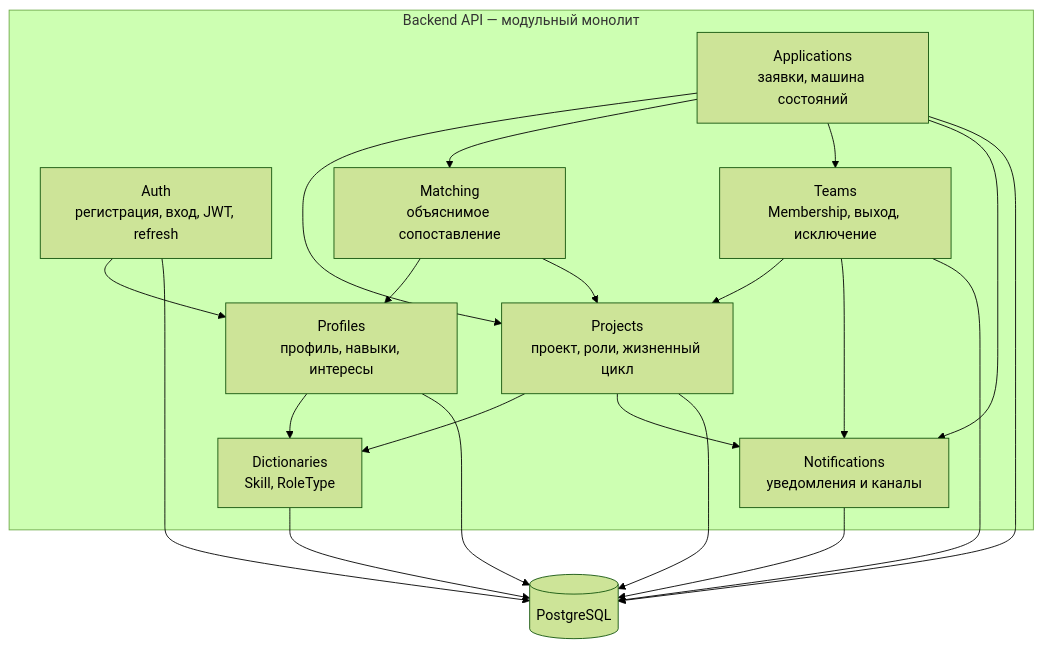
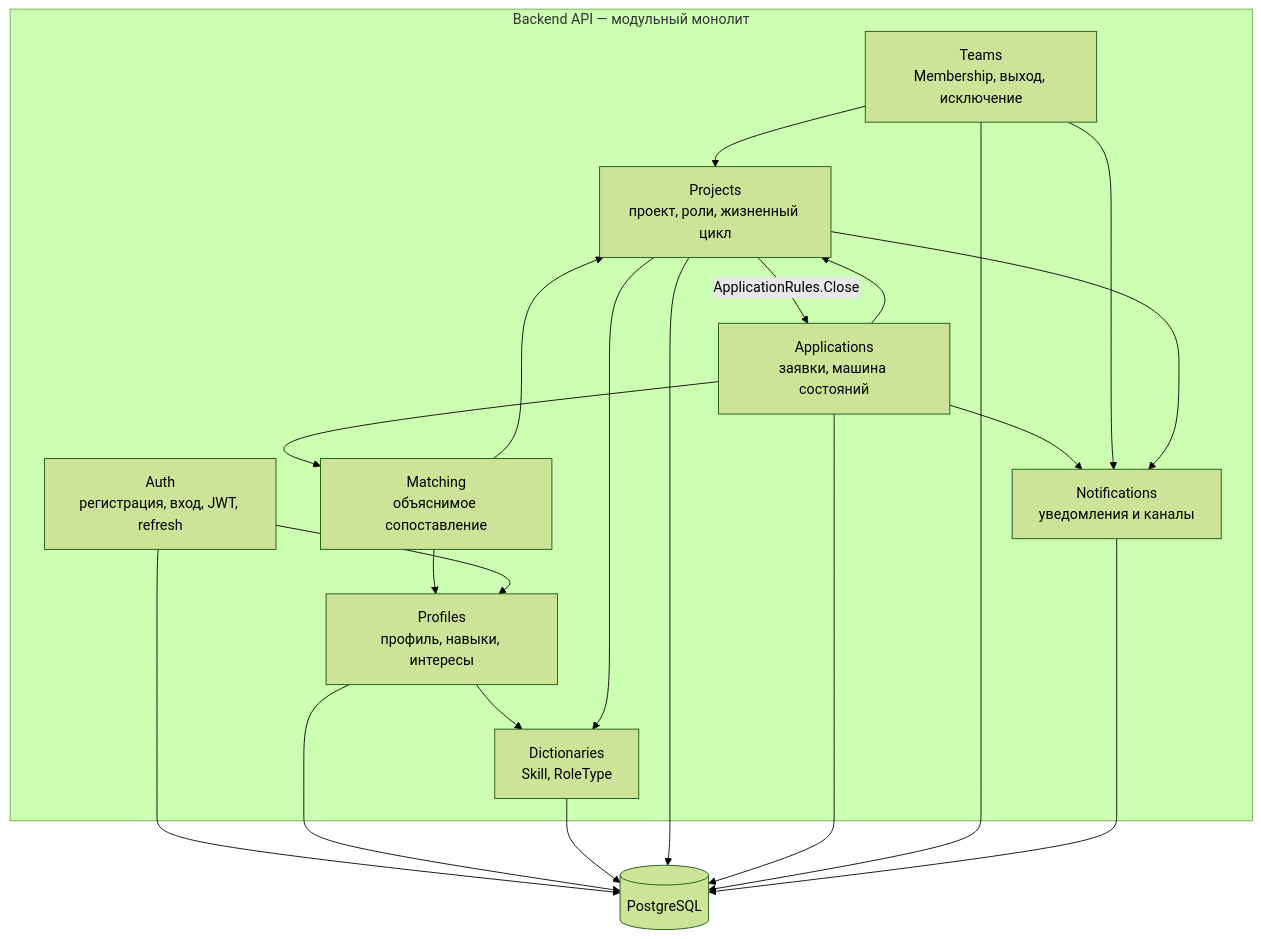
One commit to TeamFinderProject/teamfinder-docs changed the fourth of 7 diagrams in architecture-v1.md. Above: the diagram before and after it, drawn with Mermaid (forest theme). The commit also changed other lines of this file and 2 other files, not shown here.

Commit message:
docs: align architecture and checkpoint readiness criteria

````diff
--- a/architecture-v1.md
+++ b/architecture-v1.md
@@ -99,35 +99,35 @@
 ```mermaid
 flowchart TB
     subgraph API[Backend API — модульный монолит]
         AUTH[Auth<br/>регистрация, вход, JWT, refresh]
         PROF[Profiles<br/>профиль, навыки, интересы]
         DICT[Dictionaries<br/>Skill, RoleType]
         PROJ[Projects<br/>проект, роли, жизненный цикл]
         MATCH[Matching<br/>объяснимое сопоставление]
         APPS[Applications<br/>заявки, машина состояний]
         TEAM[Teams<br/>Membership, выход, исключение]
         NOTIF[Notifications<br/>уведомления и каналы]
     end
     DB[(PostgreSQL)]
 
     PROF --> DICT
     PROJ --> DICT
     MATCH --> PROF
     MATCH --> PROJ
     APPS --> PROJ
     APPS --> MATCH
-    APPS --> TEAM
+    PROJ -->|ApplicationRules.Close| APPS
     APPS --> NOTIF
     TEAM --> PROJ
     TEAM --> NOTIF
     PROJ --> NOTIF
     AUTH --> PROF
 
     AUTH --> DB
     PROF --> DB
     DICT --> DB
     PROJ --> DB
     APPS --> DB
     TEAM --> DB
     NOTIF --> DB
 ```
````
